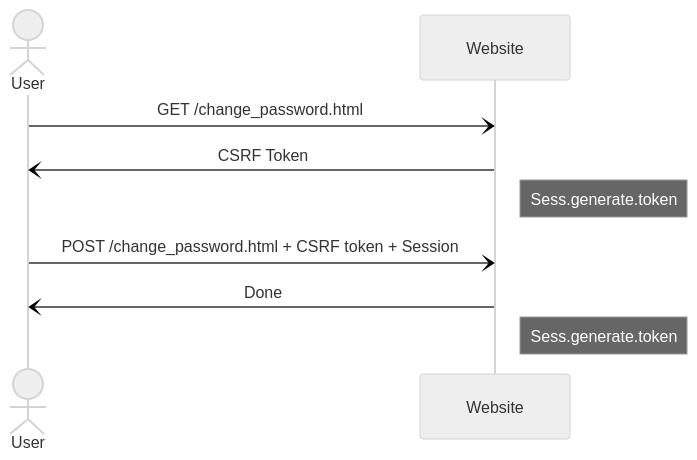
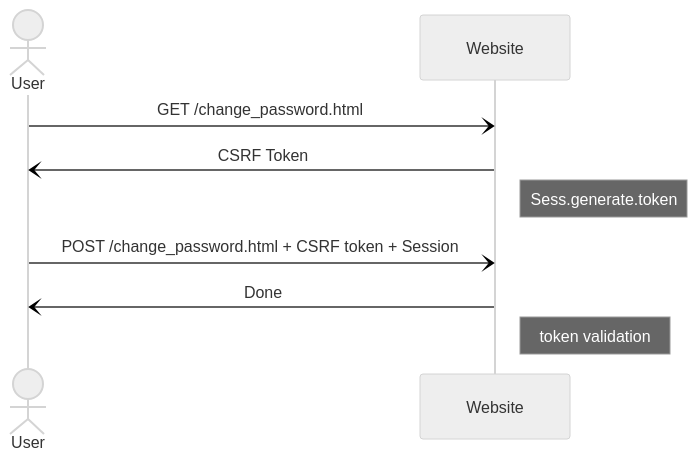
One commit to mabdolalizadeh/OWASP changed the third of 3 diagrams in README.md. Above: the diagram before and after it, drawn with Mermaid. The commit also changed other lines of this file, not shown here.

````diff
--- a/README.md
+++ b/README.md
@@ -423,16 +423,16 @@
 ```mermaid
 ---
 config:
   look: handDrawn
   theme: neutral
 ---
 sequenceDiagram
     actor User
     participant Website
     User-)Website: GET /change_password.html
     Website-)User: CSRF Token 
     Note right of Website: Sess.generate.token
     User-)Website: POST /change_password.html + CSRF token + Session
     Website-)User: Done 
-    Note right of Website: Sess.generate.token
+    Note right of Website: token validation
 ```
````
